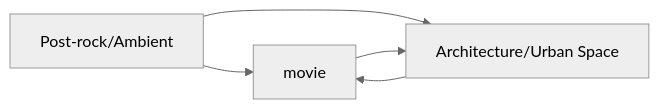
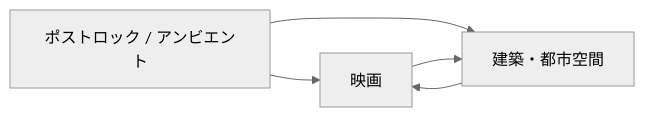
Before and after one commit to monumental-movement/monumental-movement.github.io: the diagram in en/_posts/2025-09-19-Column-Post-Rock-Ambient-Movie-Architecture.md, drawn with Mermaid (neutral theme). The commit also changed other lines of this file and 2196 other files, not shown here.

```diff
--- a/en/_posts/2025-09-19-Column-Post-Rock-Ambient-Movie-Architecture.md
+++ b/en/_posts/2025-09-19-Column-Post-Rock-Ambient-Movie-Architecture.md
@@ -79,12 +79,12 @@
 <div class="mermaid">
 flowchart LR
-    Music["Post-rock/Ambient"]
-    Film["movie"]
-    Architecture["Architecture/Urban Space"]
+    Music["ポストロック / アンビエント"]
+    Film["映画"]
+    Architecture["建築・都市空間"]
 
     Music --> Film
     Music --> Architecture
     Film --> Architecture
     Architecture --> Film
 
 </div>
```
